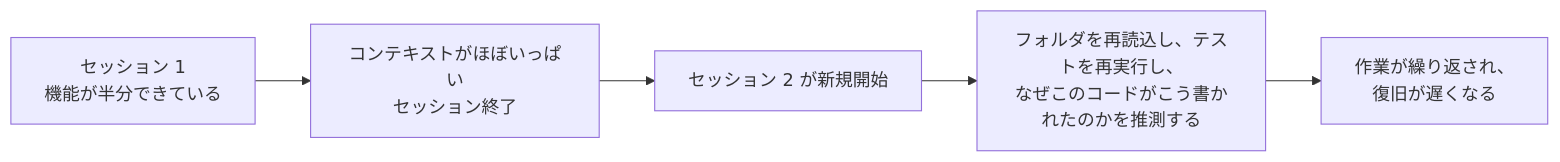
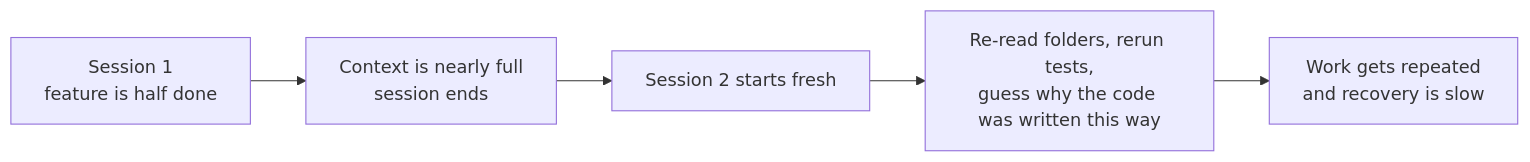
The first of 2 diagrams in docs/en/lectures/lecture-05-why-long-running-tasks-lose-continuity/index.md (mkusaka/learn-harness-engineering), drawn with Mermaid before and after one commit. The commit also changed other lines of this file and 684 other files, not shown here.

````diff
--- a/docs/en/lectures/lecture-05-why-long-running-tasks-lose-continuity/index.md
+++ b/docs/en/lectures/lecture-05-why-long-running-tasks-lose-continuity/index.md
@@ -26,7 +26,7 @@
 ```mermaid
 flowchart LR
-    S1["セッション 1<br/>機能が半分できている"] --> End1["コンテキストがほぼいっぱい<br/>セッション終了"]
-    End1 --> S2["セッション 2 が新規開始"]
-    S2 --> Guess["フォルダを再読込し、テストを再実行し、<br/>なぜこのコードがこう書かれたのかを推測する"]
-    Guess --> Drift["作業が繰り返され、<br/>復旧が遅くなる"]
+    S1["Session 1<br/>feature is half done"] --> End1["Context is nearly full<br/>session ends"]
+    End1 --> S2["Session 2 starts fresh"]
+    S2 --> Guess["Re-read folders, rerun tests,<br/>guess why the code was written this way"]
+    Guess --> Drift["Work gets repeated<br/>and recovery is slow"]
 ```
````
